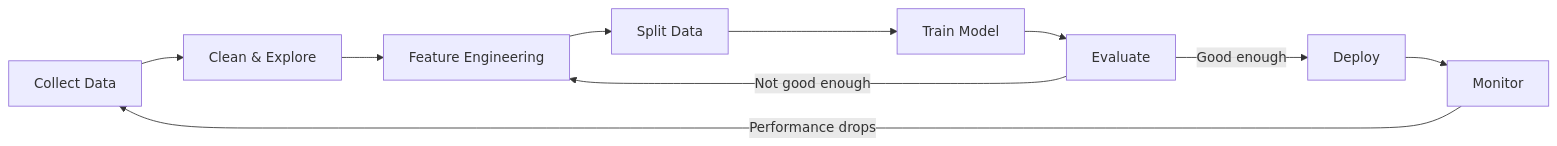
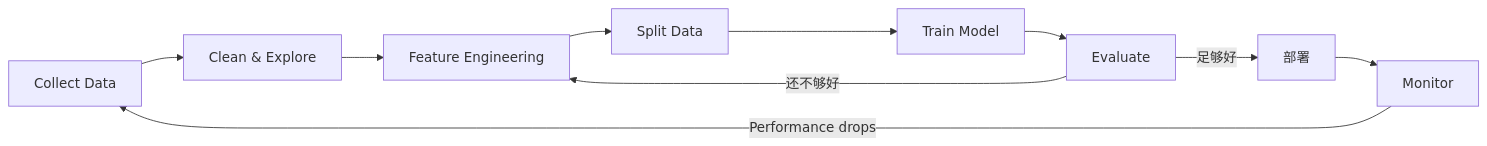
Before and after one commit to omigaZen/ai-engineering-from-scratch: the third of 6 diagrams in phases/02-ml-fundamentals/01-what-is-machine-learning/docs/zh.md, drawn with Mermaid.

Commit message:
feat(phase-02/01): polish what is machine learning text

````diff
--- a/phases/02-ml-fundamentals/01-what-is-machine-learning/docs/zh.md
+++ b/phases/02-ml-fundamentals/01-what-is-machine-learning/docs/zh.md
@@ -124,12 +124,12 @@
 ```mermaid
 flowchart LR
     A[Collect Data] --> B[Clean & Explore]
     B --> C[Feature Engineering]
     C --> D[Split Data]
     D --> E[Train Model]
     E --> F[Evaluate]
-    F -->|Not good enough| C
-    F -->|Good enough| G[Deploy]
+    F -->|还不够好| C
+    F -->|足够好| G[部署]
     G --> H[Monitor]
     H -->|Performance drops| A
 ```
````
